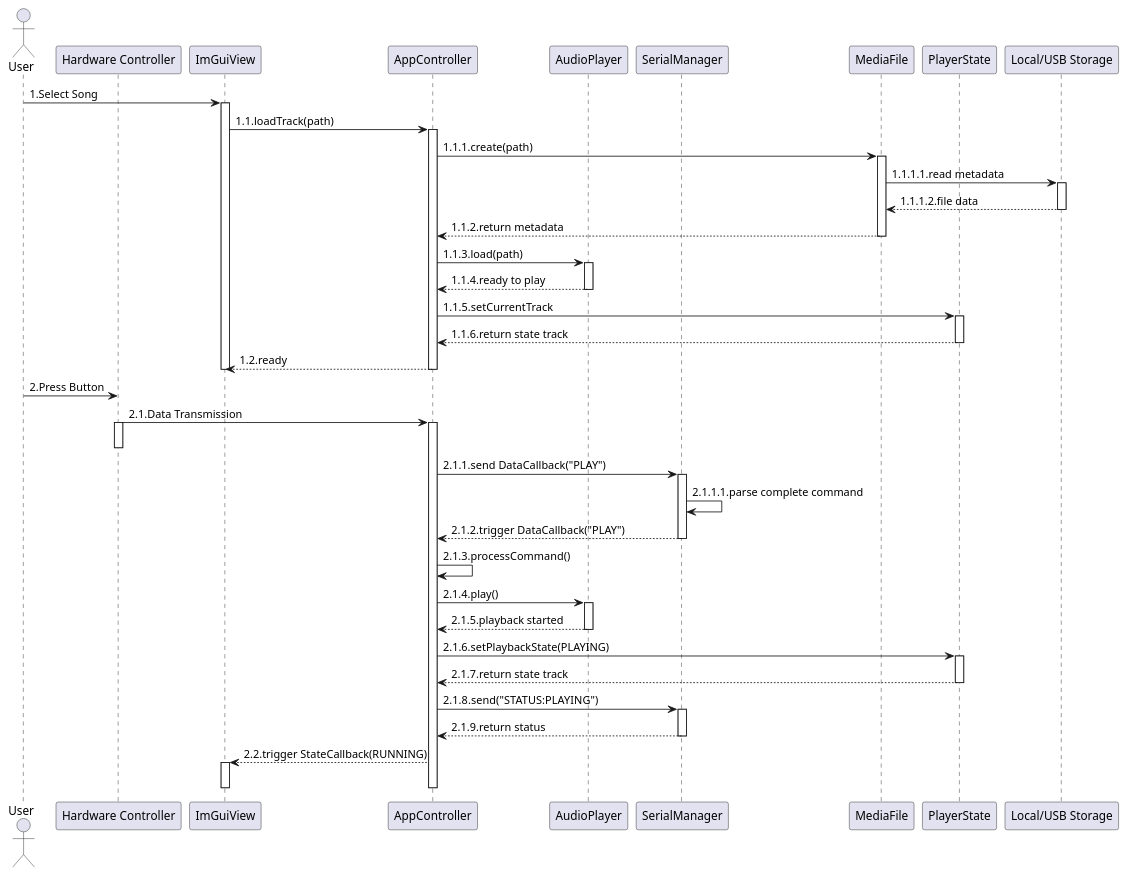
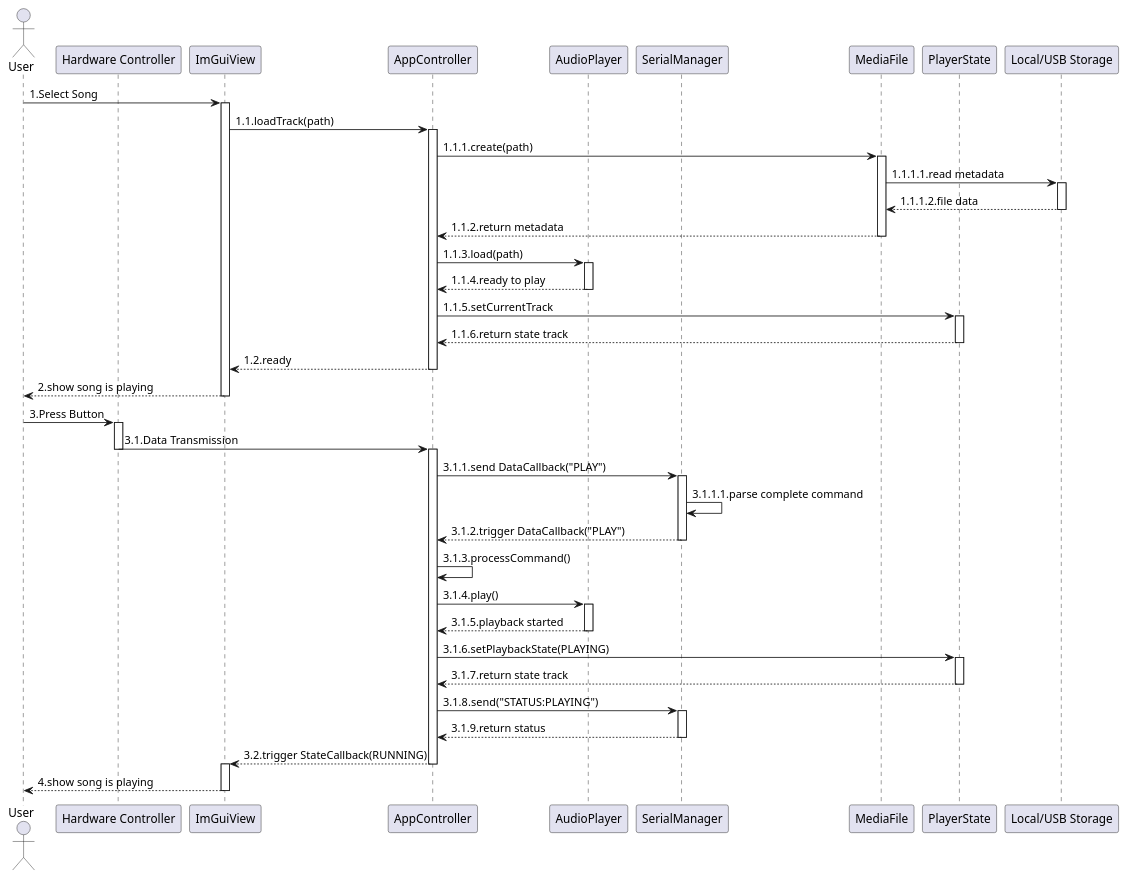
One commit to quan27092002-ctrl/MusicPlayer changed the diagram in uml/high level design/sequence_high_level.puml. Above: the diagram before and after it, drawn with PlantUML.

Commit message:
v2.1: completing sequence diagram for high level design

```diff
--- a/uml/high level design/sequence_high_level.puml
+++ b/uml/high level design/sequence_high_level.puml
@@ -1,79 +1,81 @@
 @startuml "sequence_high_level"
 actor User
 participant "Hardware Controller" as HW
 participant "ImGuiView" as View
 participant "AppController" as Ctrl
 participant "AudioPlayer" as Audio
 participant "SerialManager" as Serial
 participant "MediaFile" as Media
 participant "PlayerState" as State
 participant "Local/USB Storage" as USB
 
 
     User -> View : 1.Select Song
     activate View
 
     View -> Ctrl : 1.1.loadTrack(path)
     activate Ctrl
 
     Ctrl -> Media : 1.1.1.create(path)
     activate Media
     Media -> USB : 1.1.1.1.read metadata
     activate USB
     USB --> Media : 1.1.1.2.file data
     deactivate USB
     Media --> Ctrl : 1.1.2.return metadata
     deactivate Media
     
     Ctrl -> Audio : 1.1.3.load(path)
     activate Audio
     Audio --> Ctrl : 1.1.4.ready to play
     deactivate Audio
     
     Ctrl -> State : 1.1.5.setCurrentTrack
     activate State
     State --> Ctrl: 1.1.6.return state track
     deactivate State
 
     Ctrl --> View : 1.2.ready
     deactivate Ctrl
+    View --> User : 2.show song is playing
     deactivate View
 
 
     ' --- Hardware Flow Scenario ---
-    User -> HW : 2.Press Button
-    HW -> Ctrl : 2.1.Data Transmission
+    User -> HW : 3.Press Button
     activate HW
+    HW -> Ctrl : 3.1.Data Transmission
     deactivate HW
     activate Ctrl
-    Ctrl -> Serial:2.1.1.send DataCallback("PLAY")
+    Ctrl -> Serial:3.1.1.send DataCallback("PLAY")
     activate Serial
-    Serial -> Serial : 2.1.1.1.parse complete command
-    Serial --> Ctrl : 2.1.2.trigger DataCallback("PLAY")
+    Serial -> Serial : 3.1.1.1.parse complete command
+    Serial --> Ctrl : 3.1.2.trigger DataCallback("PLAY")
     deactivate Serial
     
-    Ctrl -> Ctrl : 2.1.3.processCommand()
+    Ctrl -> Ctrl : 3.1.3.processCommand()
     
-    Ctrl -> Audio : 2.1.4.play()
+    Ctrl -> Audio : 3.1.4.play()
     activate Audio
-    Audio --> Ctrl : 2.1.5.playback started
+    Audio --> Ctrl : 3.1.5.playback started
     deactivate Audio
     
-    Ctrl -> State : 2.1.6.setPlaybackState(PLAYING)
+    Ctrl -> State : 3.1.6.setPlaybackState(PLAYING)
     activate State
-    State --> Ctrl: 2.1.7.return state track
+    State --> Ctrl: 3.1.7.return state track
     deactivate State
     
     ' Backwards notification to HW
-    Ctrl -> Serial : 2.1.8.send("STATUS:PLAYING")
+    Ctrl -> Serial : 3.1.8.send("STATUS:PLAYING")
     activate Serial
-    Serial --> Ctrl : 2.1.9.return status
+    Serial --> Ctrl : 3.1.9.return status
     deactivate Serial
     
     ' UI update via callback
-    Ctrl --> View : 2.2.trigger StateCallback(RUNNING)
+    Ctrl --> View : 3.2.trigger StateCallback(RUNNING)
+    deactivate Ctrl
     activate View
+    View --> User : 4.show song is playing
     deactivate View
-    deactivate Ctrl
     
 @enduml
```
